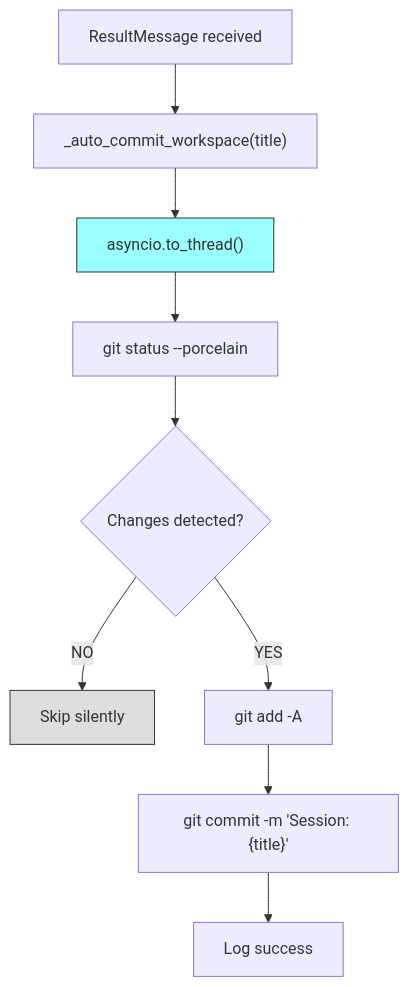
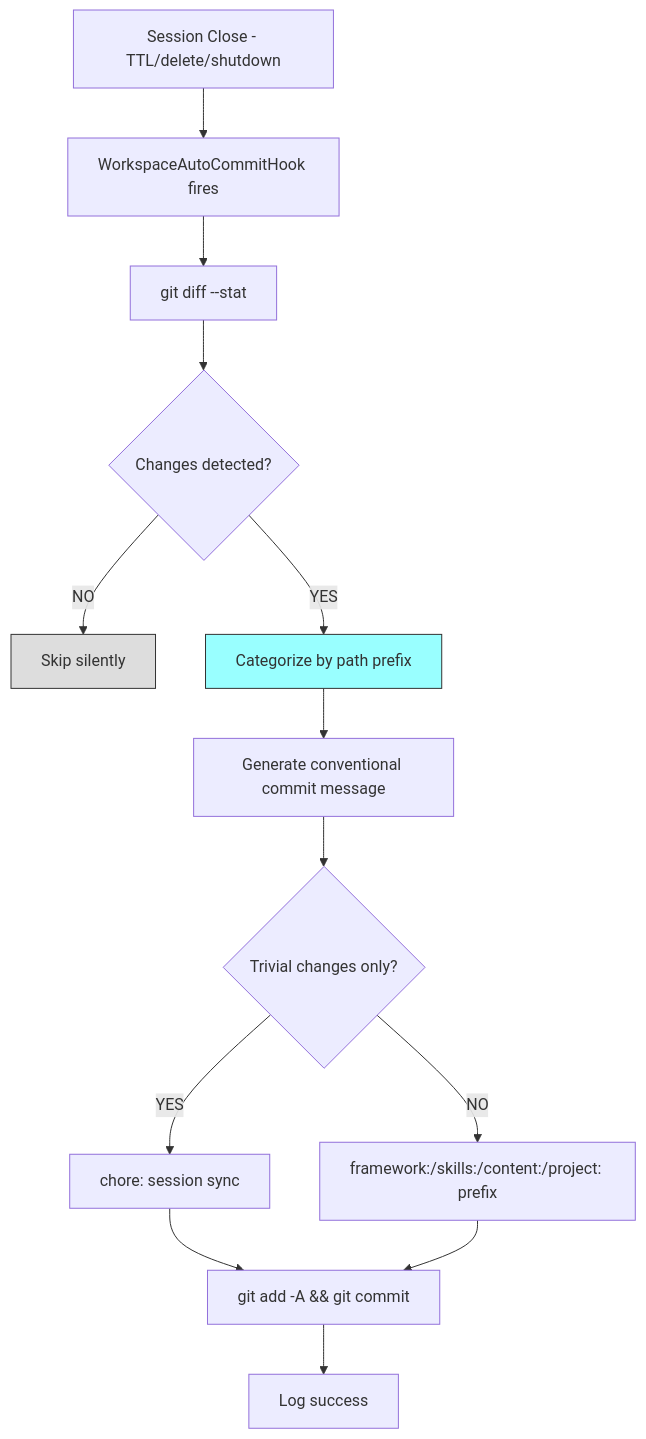
One commit to xg-gh-25/SwarmAI changed diagram 19 of 20 in .kiro/specs/system-specs/FLOWCHARTS.md. Above: the diagram before and after it, drawn with Mermaid. The commit also changed other lines of this file and 15 other files, not shown here.

First line of the commit message:
refactor: SDK error sanitization, 2h session TTL, and architecture doc updates

````diff
--- a/.kiro/specs/system-specs/FLOWCHARTS.md
+++ b/.kiro/specs/system-specs/FLOWCHARTS.md
@@ -539,14 +539,18 @@
 ```mermaid
 flowchart TD
-    A[ResultMessage received] --> B["_auto_commit_workspace(title)"]
-    B --> C["asyncio.to_thread()"]
-    C --> D["git status --porcelain"]
-    D --> E{Changes detected?}
-    E -->|NO| F[Skip silently]
-    E -->|YES| G["git add -A"]
-    G --> H["git commit -m 'Session: {title}'"]
-    H --> I[Log success]
+    A[Session Close - TTL/delete/shutdown] --> B["WorkspaceAutoCommitHook fires"]
+    B --> C["git diff --stat"]
+    C --> D{Changes detected?}
+    D -->|NO| E[Skip silently]
+    D -->|YES| F["Categorize by path prefix"]
+    F --> G["Generate conventional commit message"]
+    G --> H{Trivial changes only?}
+    H -->|YES| I["chore: session sync"]
+    H -->|NO| J["framework:/skills:/content:/project: prefix"]
+    I --> K["git add -A && git commit"]
+    J --> K
+    K --> L[Log success]
 
-    style C fill:#9ff,stroke:#333
-    style F fill:#ddd,stroke:#333
+    style E fill:#ddd,stroke:#333
+    style F fill:#9ff,stroke:#333
 ```
````
